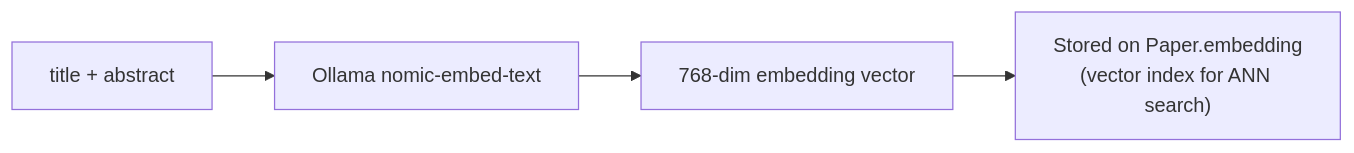
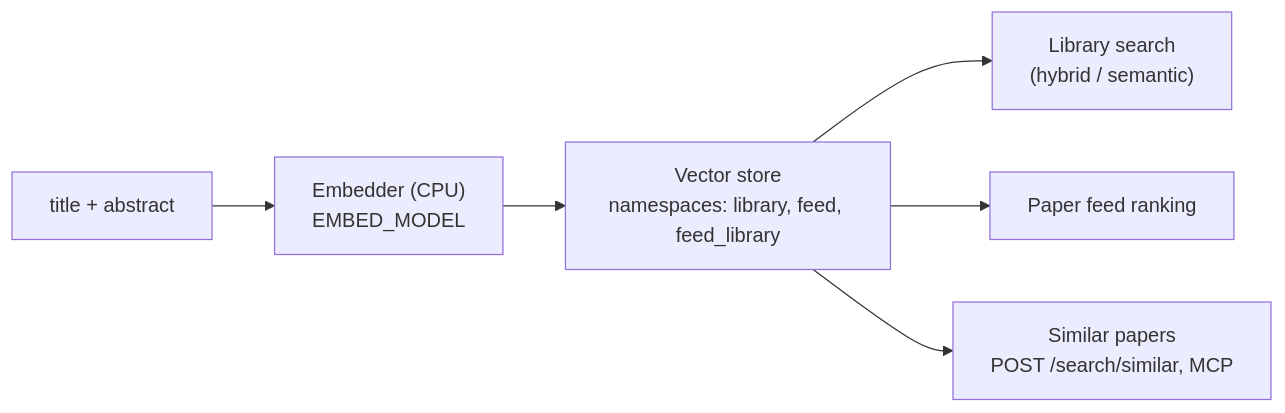
One commit to NiklasAbraham/PaperManager changed the seventh of 15 diagrams in docs/technical/ai-pipelines.md. Above: the diagram before and after it, drawn with Mermaid. The commit also changed other lines of this file and 25 other files, not shown here.

First line of the commit message:
Docs: consistency pass for the feed, vector store, similar search, abstract backfill and model switching

````diff
--- a/docs/technical/ai-pipelines.md
+++ b/docs/technical/ai-pipelines.md
@@ -147,6 +151,8 @@
 ```mermaid
 flowchart LR
-    A["title + abstract"] --> O["Ollama nomic-embed-text"]
-    O --> V["768-dim embedding vector"]
-    V --> DB["Stored on Paper.embedding\n(vector index for ANN search)"]
+    A["title + abstract"] --> E["Embedder (CPU)\nEMBED_MODEL"]
+    E --> S["Vector store\nnamespaces: library, feed, feed_library"]
+    S --> L["Library search\n(hybrid / semantic)"]
+    S --> F["Paper feed ranking"]
+    S --> M["Similar papers\nPOST /search/similar, MCP"]
 ```
````
